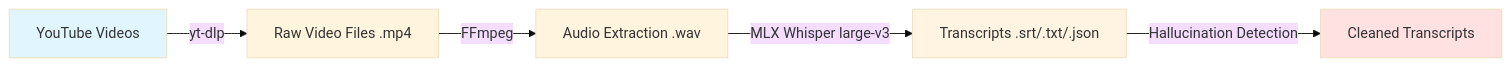
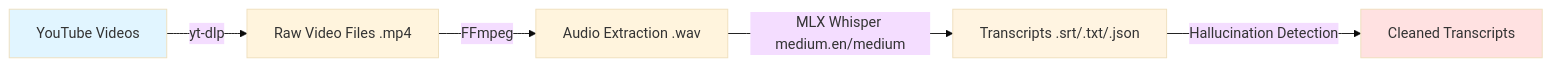
The first of 3 diagrams in docs/lightningtalk/project-blitz.md (florianbuetow/agentic-news-generator), drawn with Mermaid (base theme) before and after one commit. The commit also changed other lines of this file and 7 other files, not shown here.

````diff
--- a/docs/lightningtalk/project-blitz.md
+++ b/docs/lightningtalk/project-blitz.md
@@ -13,11 +13,11 @@
 ```mermaid
 graph LR
     A[YouTube Videos] -->|yt-dlp| B[Raw Video Files .mp4]
     B -->|FFmpeg| C[Audio Extraction .wav]
-    C -->|MLX Whisper large-v3| D[Transcripts .srt/.txt/.json]
+    C -->|MLX Whisper medium.en/medium| D[Transcripts .srt/.txt/.json]
     D -->|Hallucination Detection| E[Cleaned Transcripts]
 
     style A fill:#e1f5ff
     style D fill:#fff4e1
     style E fill:#ffe1e1
 ```
````
